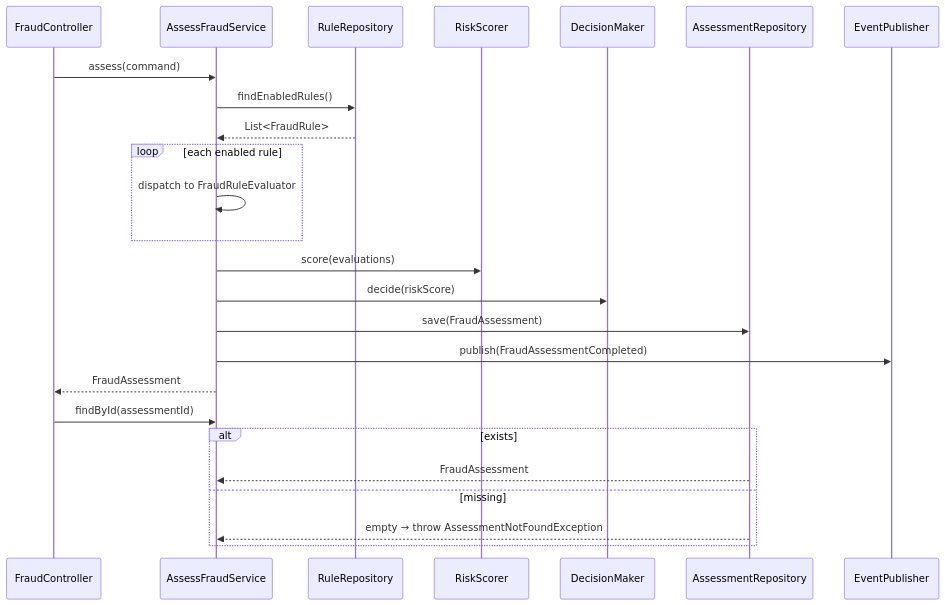
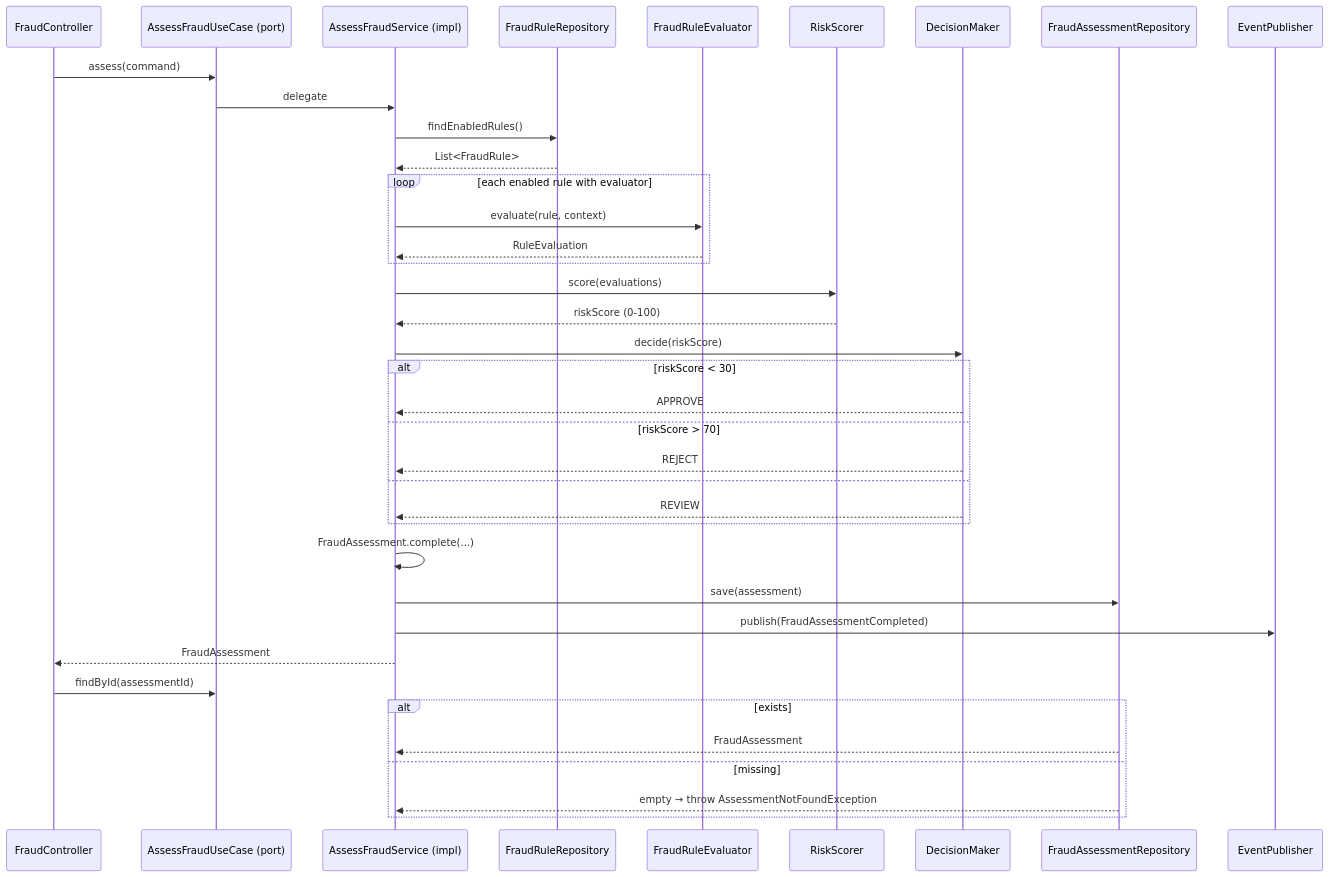
Before and after one commit to AlexAlvarezGallardo-GitHub/Aegis: the diagram in docs/obsidian/04 - Ports/inbound/AssessFraudUseCase.md, drawn with Mermaid. The commit also changed other lines of this file and 87 other files, not shown here.

````diff
--- a/docs/obsidian/04 - Ports/inbound/AssessFraudUseCase.md
+++ b/docs/obsidian/04 - Ports/inbound/AssessFraudUseCase.md
@@ -14,29 +14,42 @@
 ```mermaid
 sequenceDiagram
     participant Ctrl as FraudController
-    participant Svc as AssessFraudService
-    participant Rules as RuleRepository
+    participant Port as AssessFraudUseCase (port)
+    participant Svc as AssessFraudService (impl)
+    participant Rules as FraudRuleRepository
+    participant Evaluator as FraudRuleEvaluator
     participant Scorer as RiskScorer
     participant Decision as DecisionMaker
-    participant Repo as AssessmentRepository
+    participant Repo as FraudAssessmentRepository
     participant Event as EventPublisher
 
-    Ctrl->>Svc: assess(command)
+    Ctrl->>Port: assess(command)
+    Port->>Svc: delegate
     Svc->>Rules: findEnabledRules()
     Rules-->>Svc: List<FraudRule>
-    loop each enabled rule
-        Svc->>Svc: dispatch to FraudRuleEvaluator
+    loop each enabled rule with evaluator
+        Svc->>Evaluator: evaluate(rule, context)
+        Evaluator-->>Svc: RuleEvaluation
     end
     Svc->>Scorer: score(evaluations)
+    Scorer-->>Svc: riskScore (0-100)
     Svc->>Decision: decide(riskScore)
-    Svc->>Repo: save(FraudAssessment)
+    alt riskScore < 30
+        Decision-->>Svc: APPROVE
+    else riskScore > 70
+        Decision-->>Svc: REJECT
+    else
+        Decision-->>Svc: REVIEW
+    end
+    Svc->>Svc: FraudAssessment.complete(...)
+    Svc->>Repo: save(assessment)
     Svc->>Event: publish(FraudAssessmentCompleted)
     Svc-->>Ctrl: FraudAssessment
 
-    Ctrl->>Svc: findById(assessmentId)
+    Ctrl->>Port: findById(assessmentId)
     alt exists
         Repo-->>Svc: FraudAssessment
     else missing
         Repo-->>Svc: empty → throw AssessmentNotFoundException
     end
 ```
````
